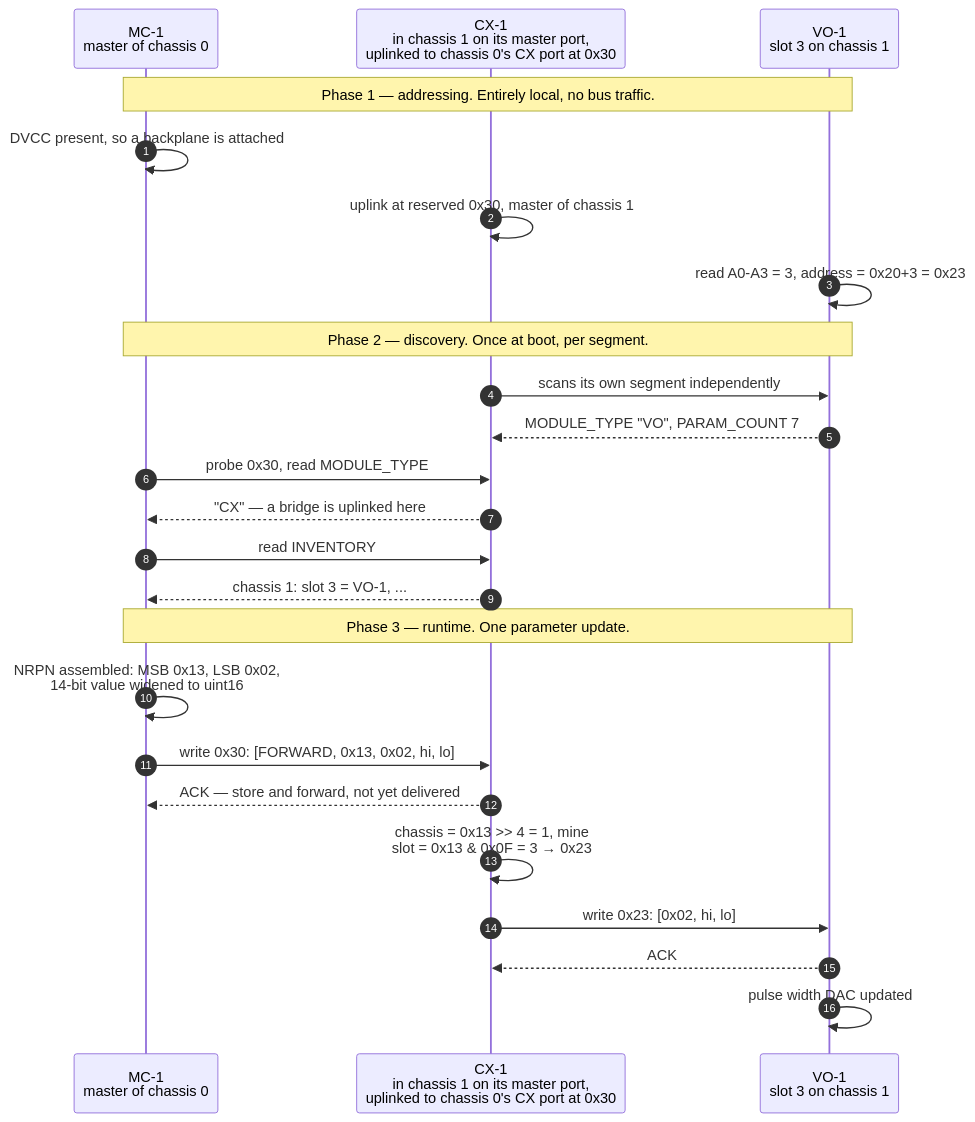
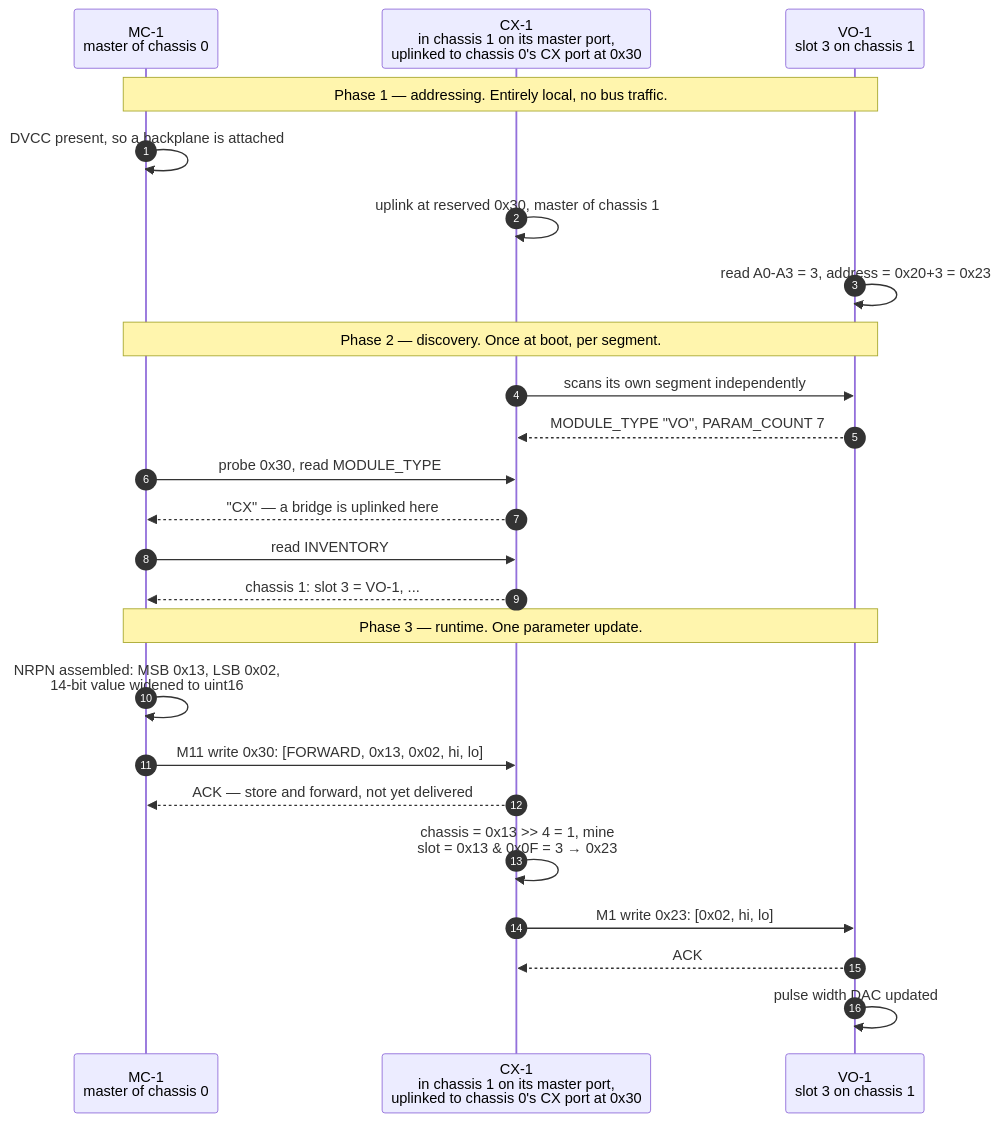
One commit to rvodden/fluxtron changed the first of 3 diagrams in BUS.md. Above: the diagram before and after it, drawn with Mermaid. The commit also changed other lines of this file, not shown here.

````diff
--- a/BUS.md
+++ b/BUS.md
@@ -512,29 +534,29 @@
 ```mermaid
 sequenceDiagram
     autonumber
     participant MC1 as MC-1<br/>master of chassis 0
     participant CX1 as CX-1<br/>in chassis 1 on its master port,<br/>uplinked to chassis 0's CX port at 0x30
     participant VO1 as VO-1<br/>slot 3 on chassis 1
 
     Note over MC1,VO1: Phase 1 — addressing. Entirely local, no bus traffic.
     MC1->>MC1: DVCC present, so a backplane is attached
     CX1->>CX1: uplink at reserved 0x30, master of chassis 1
     VO1->>VO1: read A0-A3 = 3, address = 0x20+3 = 0x23
 
     Note over MC1,VO1: Phase 2 — discovery. Once at boot, per segment.
     CX1->>VO1: scans its own segment independently
     VO1-->>CX1: MODULE_TYPE "VO", PARAM_COUNT 7
     MC1->>CX1: probe 0x30, read MODULE_TYPE
     CX1-->>MC1: "CX" — a bridge is uplinked here
     MC1->>CX1: read INVENTORY
     CX1-->>MC1: chassis 1: slot 3 = VO-1, ...
 
     Note over MC1,VO1: Phase 3 — runtime. One parameter update.
     MC1->>MC1: NRPN assembled: MSB 0x13, LSB 0x02,<br/>14-bit value widened to uint16
-    MC1->>CX1: write 0x30: [FORWARD, 0x13, 0x02, hi, lo]
+    MC1->>CX1: M11 write 0x30: [FORWARD, 0x13, 0x02, hi, lo]
     CX1-->>MC1: ACK — store and forward, not yet delivered
     CX1->>CX1: chassis = 0x13 >> 4 = 1, mine<br/>slot = 0x13 & 0x0F = 3 → 0x23
-    CX1->>VO1: write 0x23: [0x02, hi, lo]
+    CX1->>VO1: M1 write 0x23: [0x02, hi, lo]
     VO1-->>CX1: ACK
     VO1->>VO1: pulse width DAC updated
 ```
````
